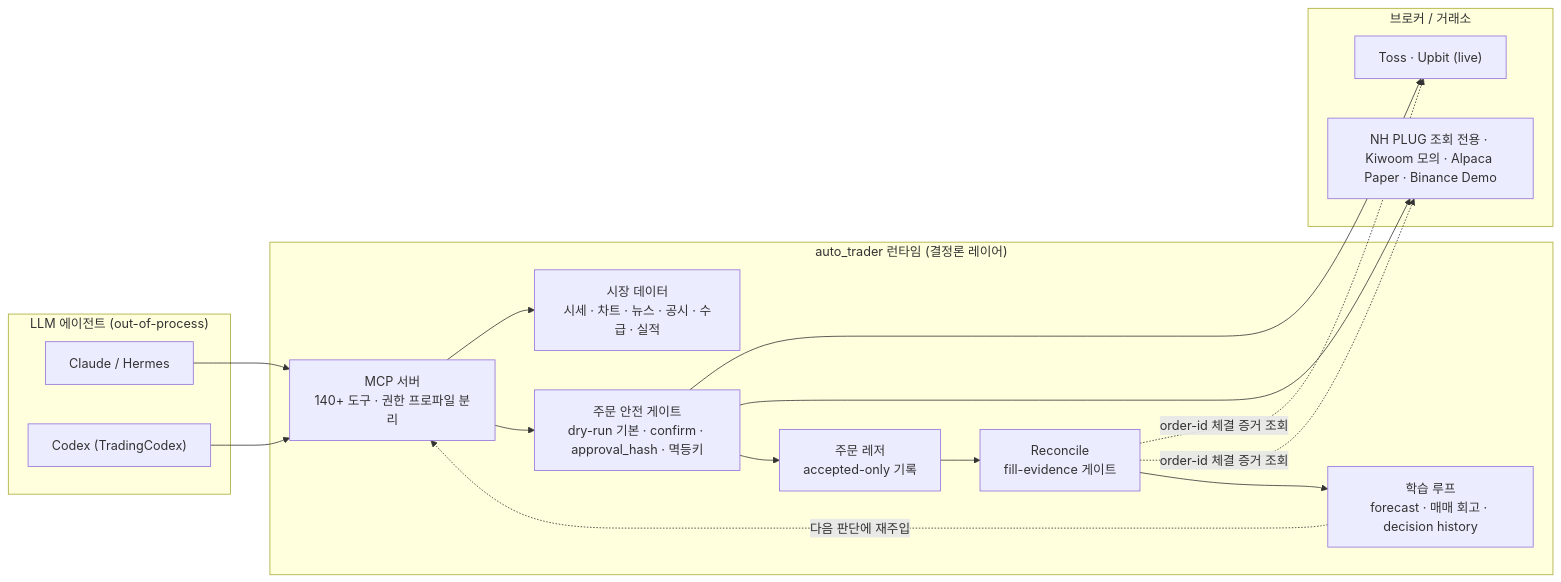
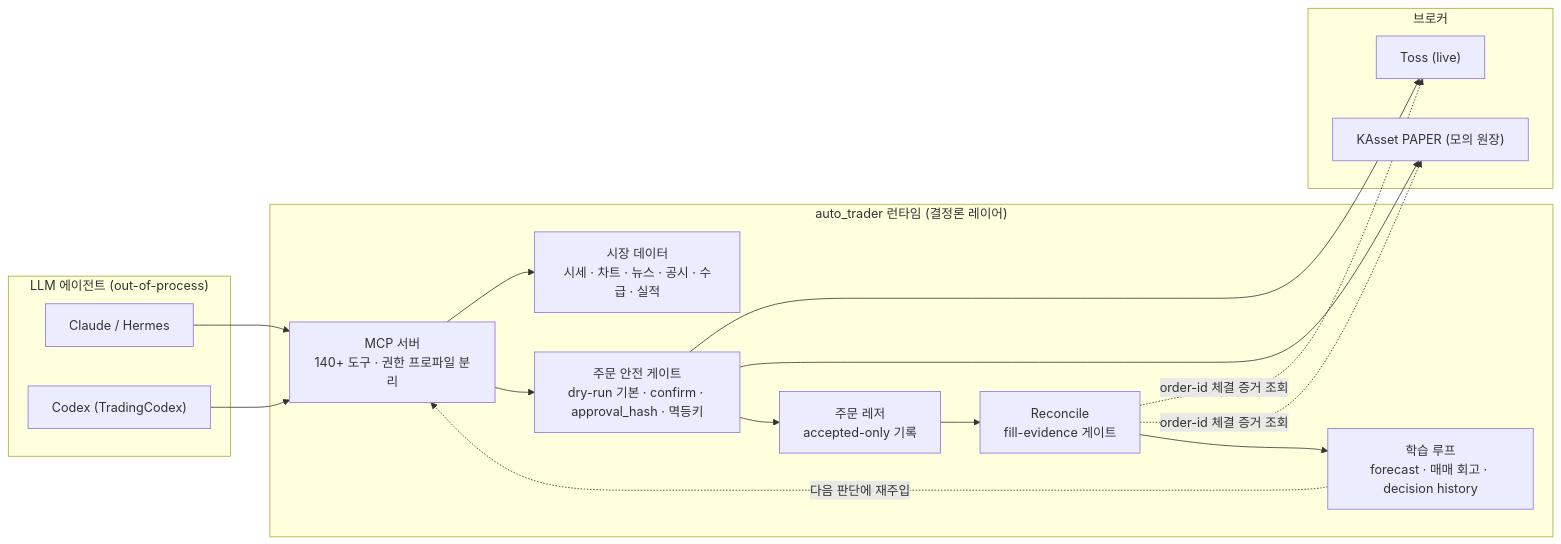
The diagram in README.md (gim47656-ship-it/KAsset-Trader-Core), drawn with Mermaid before and after one commit. The commit also changed other lines of this file and 620 other files, not shown here.

Commit message:
refactor: restrict broker execution to PAPER and Toss

````diff
--- a/README.md
+++ b/README.md
@@ -13,31 +13,31 @@
 ```mermaid
 flowchart LR
     subgraph Agents["LLM 에이전트 (out-of-process)"]
         A1["Claude / Hermes"]
         A2["Codex (TradingCodex)"]
     end
 
     subgraph Runtime["auto_trader 런타임 (결정론 레이어)"]
         MCP["MCP 서버<br/>140+ 도구 · 권한 프로파일 분리"]
         DATA["시장 데이터<br/>시세 · 차트 · 뉴스 · 공시 · 수급 · 실적"]
         GATE["주문 안전 게이트<br/>dry-run 기본 · confirm · approval_hash · 멱등키"]
         LEDGER["주문 레저<br/>accepted-only 기록"]
         REC["Reconcile<br/>fill-evidence 게이트"]
         LOOP["학습 루프<br/>forecast · 매매 회고 · decision history"]
     end
 
-    subgraph Brokers["브로커 / 거래소"]
-        B1["Toss · Upbit (live)"]
-        B2["NH PLUG 조회 전용 · Kiwoom 모의 · Alpaca Paper · Binance Demo"]
+    subgraph Brokers["브로커"]
+        B1["Toss (live)"]
+        B2["KAsset PAPER (모의 원장)"]
     end
 
     A1 & A2 --> MCP
     MCP --> DATA
     MCP --> GATE
     GATE --> B1 & B2
     GATE --> LEDGER
     LEDGER --> REC
     REC -. "order-id 체결 증거 조회" .-> B1 & B2
     REC --> LOOP
     LOOP -. "다음 판단에 재주입" .-> MCP
 ```
````
